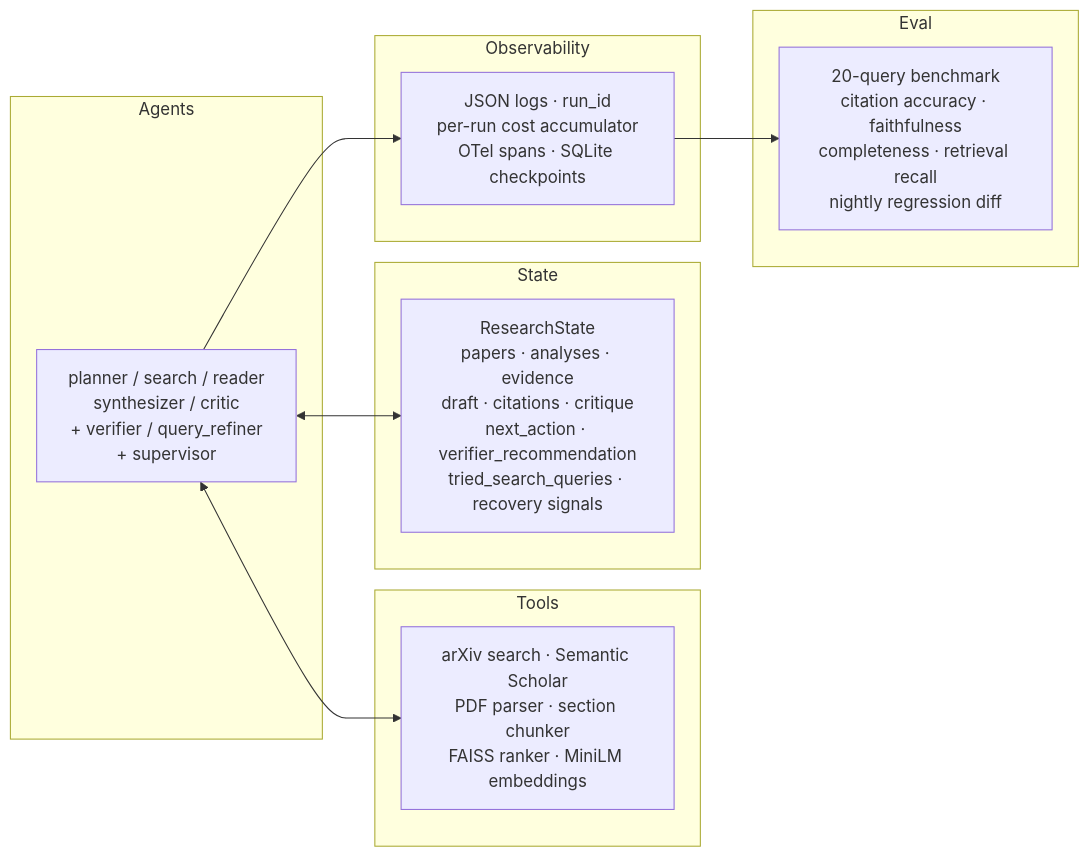
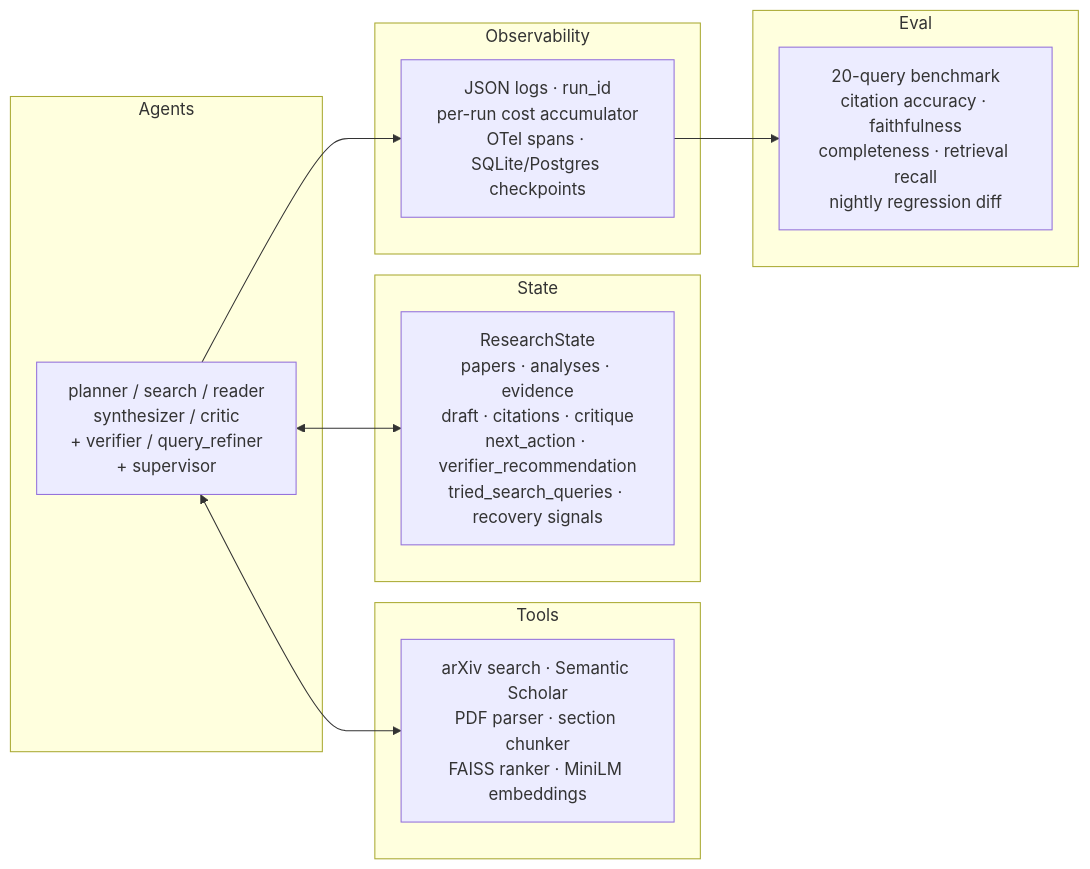
The third of 3 diagrams in README.md (kudratsingh/arxiv-research-agent), drawn with Mermaid before and after one commit. The commit also changed other lines of this file and 14 other files, not shown here.

````diff
--- a/README.md
+++ b/README.md
@@ -77,22 +77,22 @@
 ```mermaid
 flowchart LR
     subgraph "Agents"
         A[planner / search / reader<br/>synthesizer / critic<br/>+ verifier / query_refiner<br/>+ supervisor]
     end
     subgraph "Tools"
         T[arXiv search · Semantic Scholar<br/>PDF parser · section chunker<br/>FAISS ranker · MiniLM embeddings]
     end
     subgraph "State"
         S[ResearchState<br/>papers · analyses · evidence<br/>draft · citations · critique<br/>next_action · verifier_recommendation<br/>tried_search_queries · recovery signals]
     end
     subgraph "Observability"
-        O[JSON logs · run_id<br/>per-run cost accumulator<br/>OTel spans · SQLite checkpoints]
+        O[JSON logs · run_id<br/>per-run cost accumulator<br/>OTel spans · SQLite/Postgres checkpoints]
     end
     subgraph "Eval"
         E[20-query benchmark<br/>citation accuracy · faithfulness<br/>completeness · retrieval recall<br/>nightly regression diff]
     end
     A <--> S
     A <--> T
     A --> O
     O --> E
 ```
````
